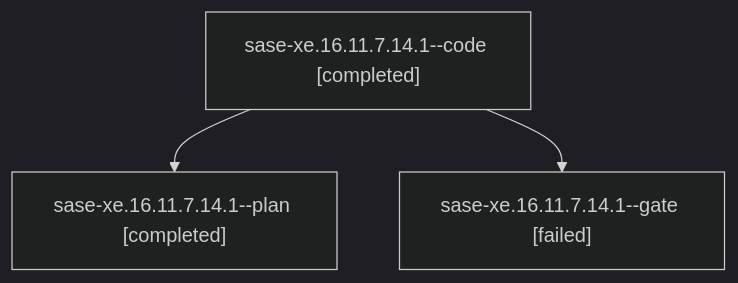
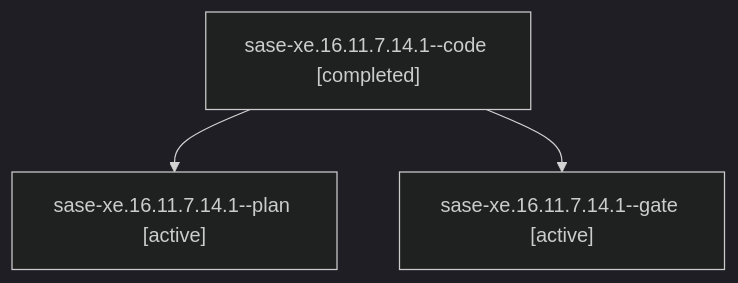
Before and after one commit to sase-org/sase--agents: the diagram in families/bbugyi200.athena.sase-xe.16.11.7.14.1.md, drawn with Mermaid (dark theme). The commit also changed other lines of this file and 35830 other files, not shown here.

````diff
--- a/families/bbugyi200.athena.sase-xe.16.11.7.14.1.md
+++ b/families/bbugyi200.athena.sase-xe.16.11.7.14.1.md
@@ -9,8 +9,8 @@
 ```mermaid
 flowchart TD
   n0["sase-xe.16.11.7.14.1--code [completed]"]
-  n1["sase-xe.16.11.7.14.1--plan [completed]"]
+  n1["sase-xe.16.11.7.14.1--plan [active]"]
   n0 --> n1
-  n2["sase-xe.16.11.7.14.1--gate [failed]"]
+  n2["sase-xe.16.11.7.14.1--gate [active]"]
   n0 --> n2
 ```
````
